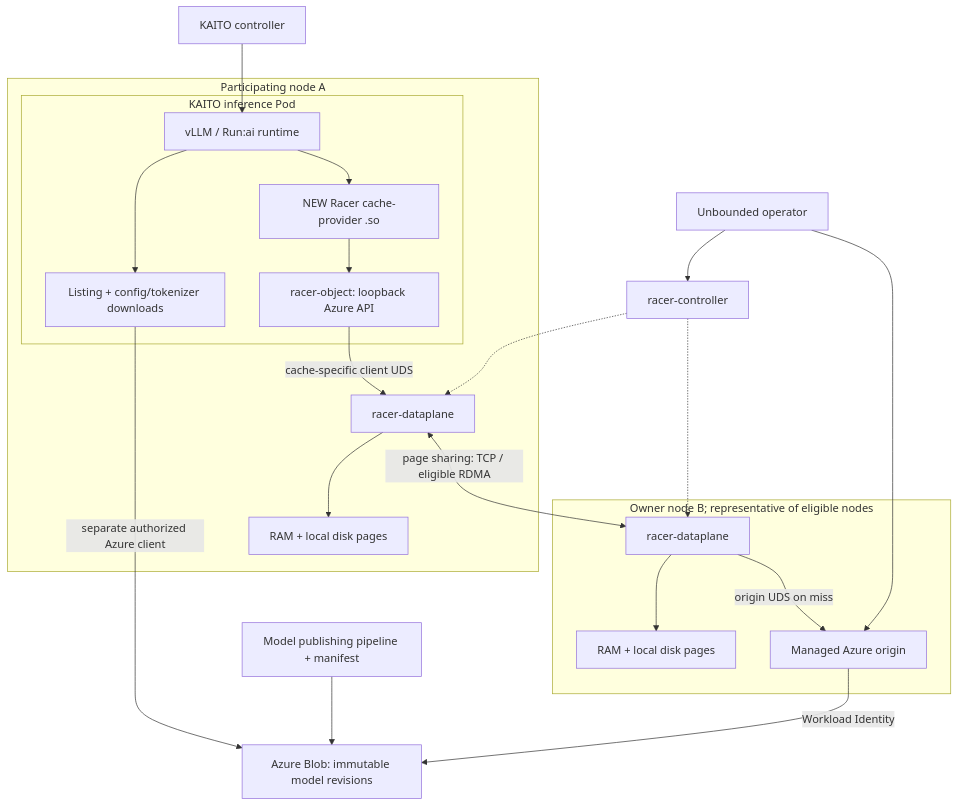
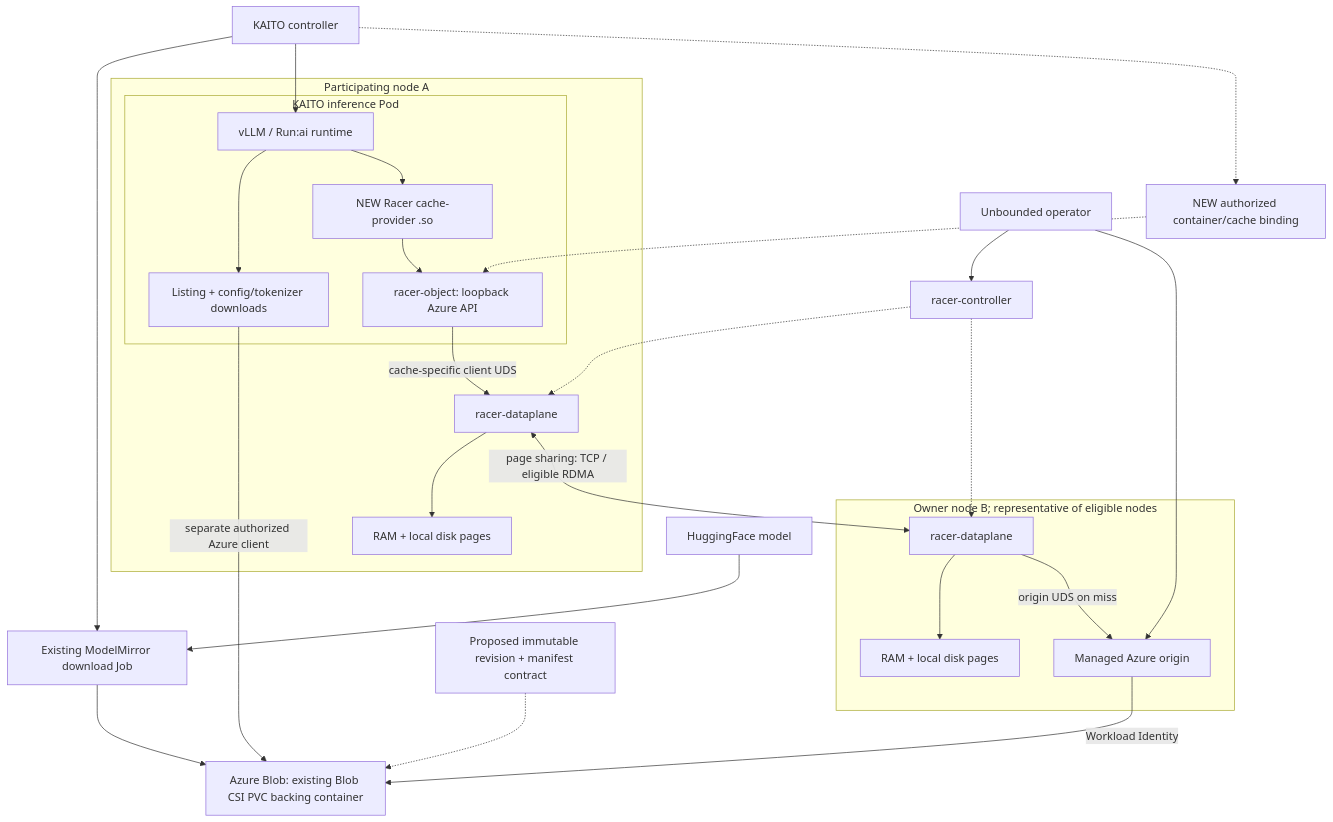
Before and after one commit to andyzhangx/demo: the diagram in llm/distributed-cache/racer-kaito-design.md, drawn with Mermaid. The commit also changed other lines of this file, not shown here.

Commit message:
docs: align Racer design with KAITO model mirror and streaming UX

````diff
--- a/llm/distributed-cache/racer-kaito-design.md
+++ b/llm/distributed-cache/racer-kaito-design.md
@@ -78,38 +166,42 @@
 ```mermaid
 flowchart TB
-    source["Azure Blob: immutable model revisions"]
-    publisher["Model publishing pipeline + manifest"] --> source
-    kaito["KAITO controller"] --> app
+    hf["HuggingFace model"] --> mirror["Existing ModelMirror download Job"]
+    mirror --> source["Azure Blob: existing Blob CSI PVC backing container"]
+    publisher["Proposed immutable revision + manifest contract"] -.-> source
+    kaito["KAITO controller"] --> mirror
+    kaito --> app
+    kaito -.-> binding["NEW authorized container/cache binding"]
+    binding -.-> sidecar
     operator["Unbounded operator"] --> controller["racer-controller"]
     operator --> originB
 
     subgraph nodeA["Participating node A"]
         subgraph pod["KAITO inference Pod"]
             app["vLLM / Run:ai runtime"]
             discovery["Listing + config/tokenizer downloads"]
             provider["NEW Racer cache-provider .so"]
             sidecar["racer-object: loopback Azure API"]
             app --> discovery
             app --> provider
             provider --> sidecar
         end
         dpA["racer-dataplane"]
         localA["RAM + local disk pages"]
         sidecar -->|"cache-specific client UDS"| dpA
         dpA --> localA
     end
 
     subgraph nodeB["Owner node B; representative of eligible nodes"]
         dpB["racer-dataplane"]
         localB["RAM + local disk pages"]
         originB["Managed Azure origin"]
         dpB --> localB
         dpB -->|"origin UDS on miss"| originB
     end
 
     controller -.-> dpA
     controller -.-> dpB
     dpA <-->|"page sharing: TCP / eligible RDMA"| dpB
     originB -->|"Workload Identity"| source
     discovery -->|"separate authorized Azure client"| source
 ```
````
